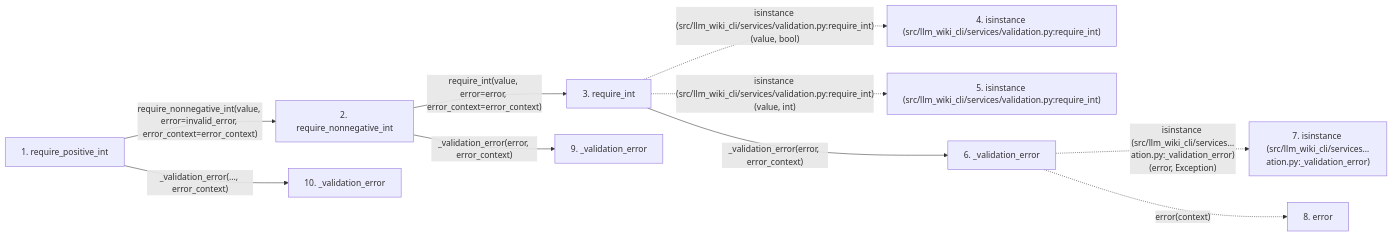
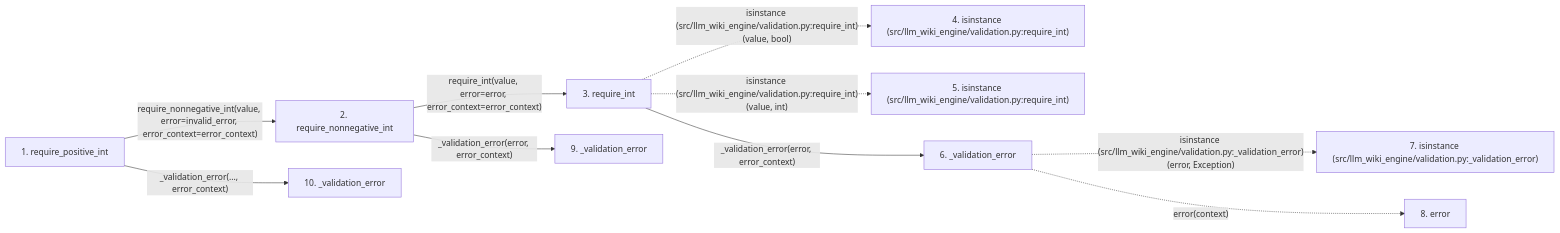
Before and after one commit to Denissvgn/python-wiki-llm: the second of 2 diagrams in docs/llm_wiki/flows/api-require_positive_int.md, drawn with Mermaid. The commit also changed other lines of this file and 1103 other files, not shown here.

First line of the commit message:
docs: refresh the wiki for the llm-wiki-engine distribution

````diff
--- a/docs/llm_wiki/flows/api-require_positive_int.md
+++ b/docs/llm_wiki/flows/api-require_positive_int.md
@@ -49,28 +49,28 @@
 ```mermaid
 flowchart LR
     s1["1. require_positive_int"]
     s2["2. require_nonnegative_int"]
     s3["3. require_int"]
-    s4["4. isinstance (src/llm_wiki_cli/services/validation.py:require_int)"]
-    s5["5. isinstance (src/llm_wiki_cli/services/validation.py:require_int)"]
+    s4["4. isinstance (src/llm_wiki_engine/validation.py:require_int)"]
+    s5["5. isinstance (src/llm_wiki_engine/validation.py:require_int)"]
     s6["6. _validation_error"]
-    s7["7. isinstance (src/llm_wiki_cli/services…ation.py:_validation_error)"]
+    s7["7. isinstance (src/llm_wiki_engine/validation.py:_validation_error)"]
     s8["8. error"]
     s9["9. _validation_error"]
     s10["10. _validation_error"]
     s1 -->|"require_nonnegative_int(value, error=invalid_error, error_context=error_context)"| s2
     s2 -->|"require_int(value, error=error, error_context=error_context)"| s3
-    s3 -. "isinstance (src/llm_wiki_cli/services/validation.py:require_int)(value, bool)" .-> s4
-    s3 -. "isinstance (src/llm_wiki_cli/services/validation.py:require_int)(value, int)" .-> s5
+    s3 -. "isinstance (src/llm_wiki_engine/validation.py:require_int)(value, bool)" .-> s4
+    s3 -. "isinstance (src/llm_wiki_engine/validation.py:require_int)(value, int)" .-> s5
     s3 -->|"_validation_error(error, error_context)"| s6
-    s6 -. "isinstance (src/llm_wiki_cli/services…ation.py:_validation_error)(error, Exception)" .-> s7
+    s6 -. "isinstance (src/llm_wiki_engine/validation.py:_validation_error)(error, Exception)" .-> s7
     s6 -. "error(context)" .-> s8
     s2 -->|"_validation_error(error, error_context)"| s9
     s1 -->|"_validation_error(..., error_context)"| s10
     click s1 "../modules/validation.md"
     click s2 "../modules/validation.md"
     click s3 "../modules/validation.md"
     click s6 "../modules/validation.md"
     click s9 "../modules/validation.md"
     click s10 "../modules/validation.md"
 ```
````
